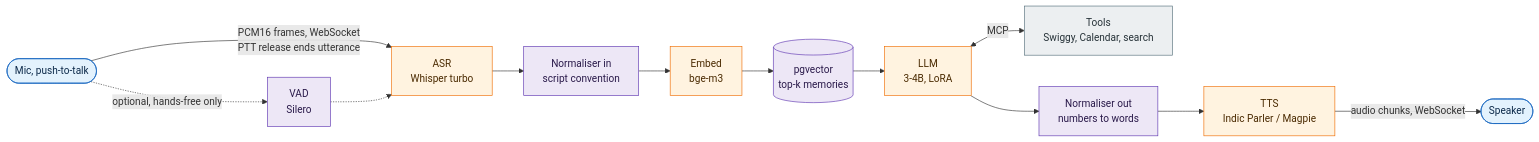
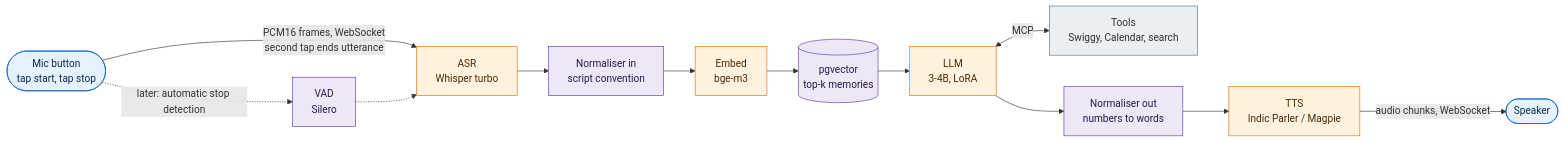
The first of 15 diagrams in docs/specs/2026-10-04-fryday-architecture.md (Analyst-Harsh/Fryday), drawn with Mermaid before and after one commit. The commit also changed other lines of this file and 1 other file, not shown here.

First line of the commit message:
docs: switch v1 input from push-to-talk to tap-to-start / tap-to-stop

````diff
--- a/docs/specs/2026-10-04-fryday-architecture.md
+++ b/docs/specs/2026-10-04-fryday-architecture.md
@@ -148,23 +148,23 @@
 ```mermaid
 flowchart LR
-    MIC([Mic, push-to-talk]) -->|PCM16 frames, WebSocket<br/>PTT release ends utterance| ASR[ASR<br/>Whisper turbo]
-    MIC -.->|optional, hands-free only| VAD[VAD<br/>Silero]
+    MIC([Mic button<br/>tap start, tap stop]) -->|PCM16 frames, WebSocket<br/>second tap ends utterance| ASR[ASR<br/>Whisper turbo]
+    MIC -.->|later: automatic stop detection| VAD[VAD<br/>Silero]
     VAD -.-> ASR
     ASR --> NORM[Normaliser in<br/>script convention]
     NORM --> EMB[Embed<br/>bge-m3]
     EMB --> PGV[(pgvector<br/>top-k memories)]
     PGV --> LLM[LLM<br/>3-4B, LoRA]
     LLM <-->|MCP| TOOLS[Tools<br/>Swiggy, Calendar, search]
     LLM --> NORM2[Normaliser out<br/>numbers to words]
     NORM2 --> TTS[TTS<br/>Indic Parler / Magpie]
     TTS -->|audio chunks, WebSocket| SPK([Speaker])
 
     classDef browser fill:#e3f2fd,stroke:#1565c0,color:#0d2a4a
     classDef app fill:#ede7f6,stroke:#5e35b1,color:#2a1a4a
     classDef model fill:#fff3e0,stroke:#ef6c00,color:#4a2a00
     classDef ext fill:#eceff1,stroke:#546e7a,color:#263238
     class MIC,SPK browser
     class VAD,NORM,NORM2,PGV app
     class ASR,EMB,LLM,TTS model
     class TOOLS ext
 ```
````
